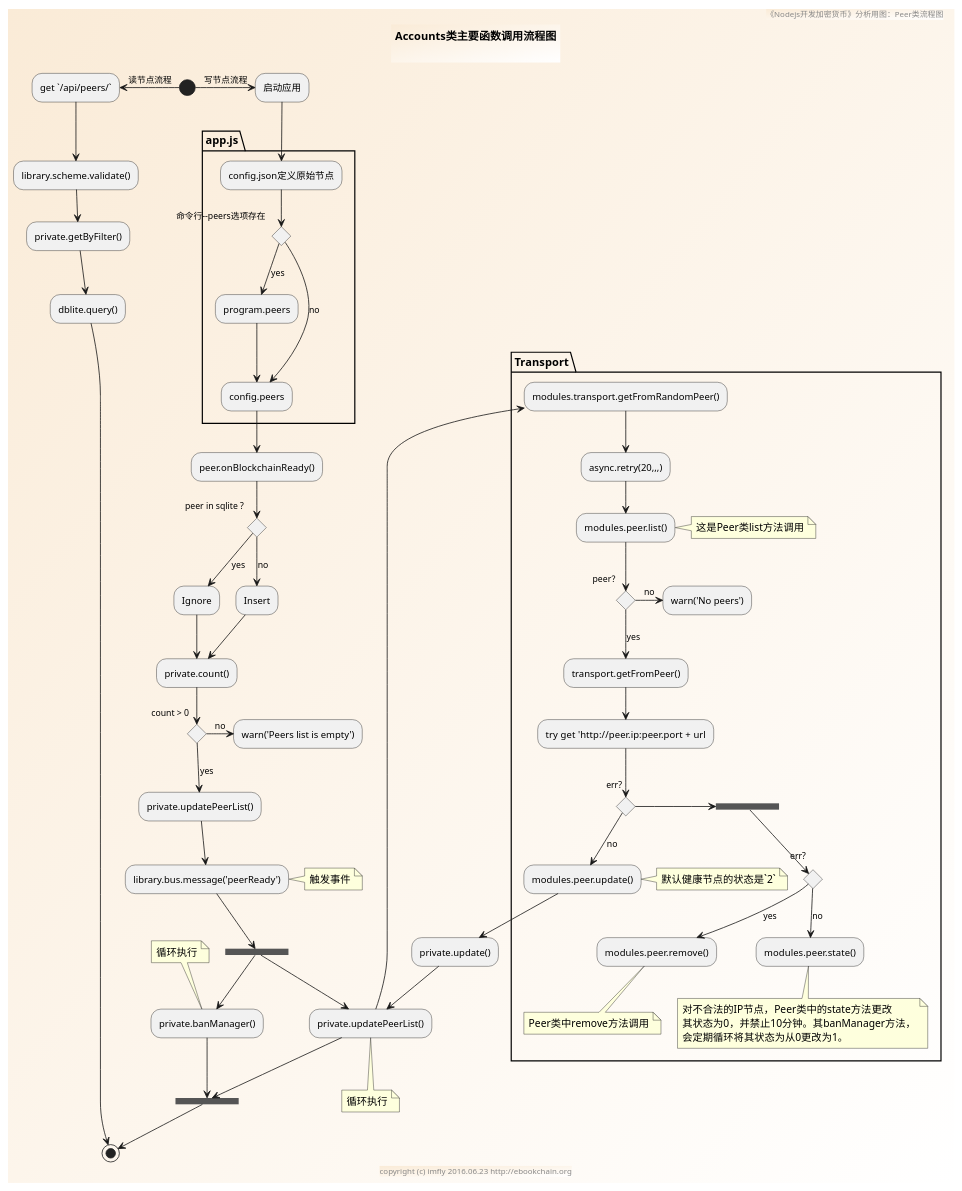
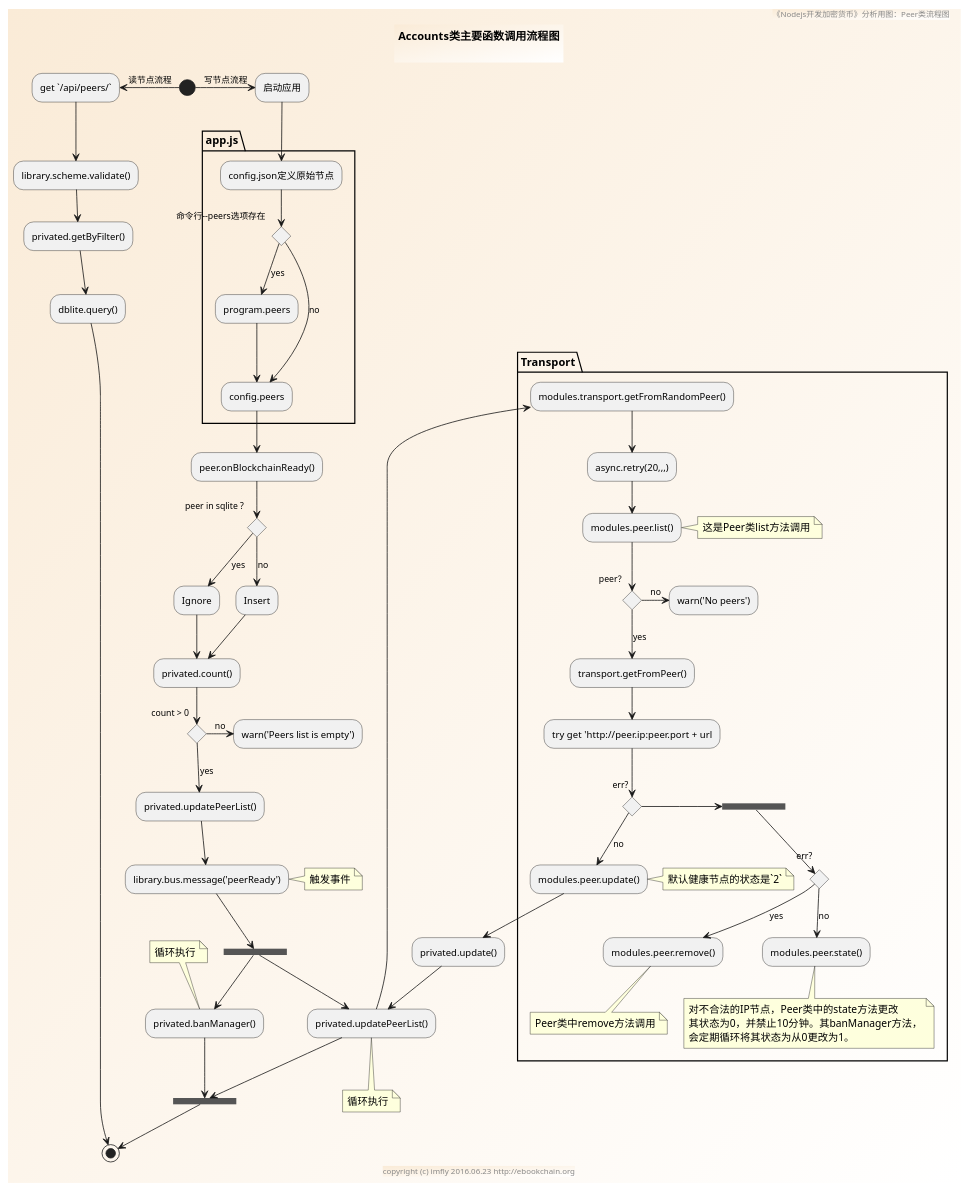
Before and after one commit to brightmanforever022/bitcoin-on-nodejs: the diagram in sources/modules/accounts/activity.pu, drawn with PlantUML. The commit also changed 15 other files, not shown here.

```diff
--- a/sources/modules/accounts/activity.pu
+++ b/sources/modules/accounts/activity.pu
@@ -1,94 +1,94 @@
 @startuml ../../../styles/images/modules/accounts/accounts-activity.png
 skinparam BorderColor #blue\9932CC
 skinparam backgroundcolor AntiqueWhite/white
 
 title
 Accounts类主要函数调用流程图
 
 end title
 
 footer copyright (c) imfly 2016.06.23 http://ebookchain.org
 header 《Nodejs开发加密货币》分析用图：Peer类流程图
 
 (*) -left-> [读节点流程] "get `/api/peers/`"
 --> library.scheme.validate()
---> private.getByFilter()
+--> privated.getByFilter()
 --> dblite.query()
 --> (*)
 
 (*) -right-> [写节点流程] 启动应用
 
 ' app.js启动命令
 partition app.js {
   --> config.json定义原始节点
   if "命令行--peers选项存在" then
   -->[yes] program.peers
   --> "config.peers" as peers
   else
   --> [no] peers
   endif
 }
 
 ' 区块链加载完毕
 --> peer.onBlockchainReady()
 if peer in sqlite ? then
 --> [yes] Ignore
---> "private.count()" as count
+--> "privated.count()" as count
 else
 --> [no] Insert
 --> count
 endif
 
 if count > 0 then
 -right-> [no] warn('Peers list is empty')
 else
--->[yes] private.updatePeerList()
+-->[yes] privated.updatePeerList()
 --> library.bus.message('peerReady')
 note right: 触发事件
 
 ' 第一个循环：检验节点，删除或更新
 --> ==b1==
---> "private.updatePeerList()" as updatePeerList
+--> "privated.updatePeerList()" as updatePeerList
 partition Transport {
   --> modules.transport.getFromRandomPeer()
   --> async.retry(20,,,)
   --> modules.peer.list()
   note right: 这是Peer类list方法调用
   if peer？ then
   -right-> [no] warn('No peers')
   else
   --> [yes] transport.getFromPeer()
   --> try get 'http://peer.ip:peer.port + url
     if err? then
     -right-> ==b3==
       if err? then
       --> [yes] modules.peer.remove()
       note bottom: Peer类中remove方法调用
       else
       --> [no] modules.peer.state()
       note bottom
       对不合法的IP节点，Peer类中的state方法更改
       其状态为0，并禁止10分钟。其banManager方法，
       会定期循环将其状态为从0更改为1。
       end note
       endif
     else
     --> [no] modules.peer.update()
     note right: 默认健康节点的状态是`2`
     endif
   endif
 }
--down-> private.update()
+-down-> privated.update()
 --> updatePeerList
 note bottom: 循环执行
 --> ==b2==
 
 ' 第二个循环：更新状态
-==b1== --> private.banManager()
+==b1== --> privated.banManager()
 note top: 循环执行
 --> ==b2==
 
 endif
 
 --> (*)
 @enduml
```
